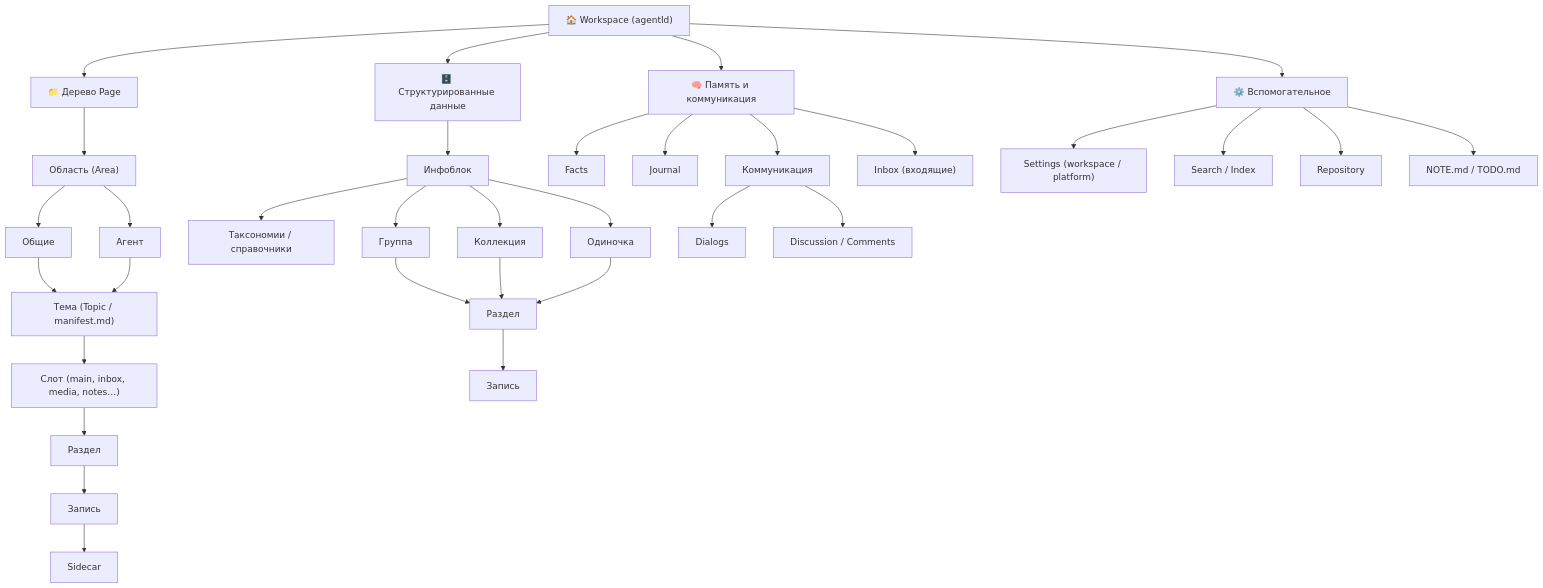
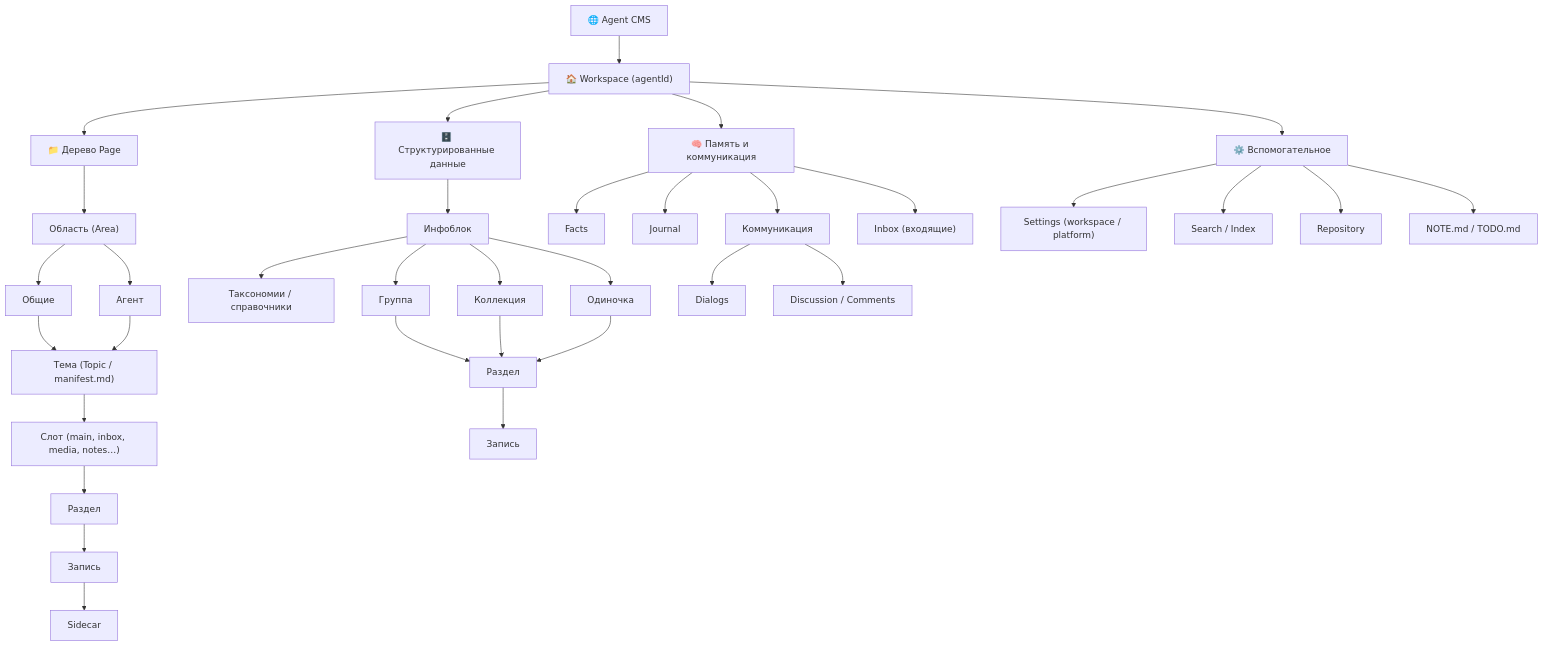
One commit to iv-litovchenko/AgentCMS changed the diagram in README.diagram.md. Above: the diagram before and after it, drawn with Mermaid. The commit also changed 6 other files, not shown here.

First line of the commit message:
Enhance Mermaid diagram functionality and theme management

````diff
--- a/README.diagram.md
+++ b/README.diagram.md
@@ -3,41 +3,45 @@
 ```mermaid
 flowchart TD
+    CMS["🌐 Agent CMS"]
     WS["🏠 Workspace (agentId)"]
 
+    CMS --> WS
     WS --> TREE["📁 Дерево Page"]
     WS --> DATA["🗄️ Структурированные данные"]
     WS --> MEM["🧠 Память и коммуникация"]
     WS --> AUX["⚙️ Вспомогательное"]
 
     TREE --> AREA["Область (Area)"]
     AREA --> SHARED_AREA["Общие"]
     AREA --> AGENT_AREA["Агент"]
     SHARED_AREA --> TOPIC["Тема (Topic / manifest.md)"]
     AGENT_AREA --> TOPIC
     TOPIC --> SLOT["Слот (main, inbox, media, notes…)"]
     SLOT --> SECTION["Раздел"]
     SECTION --> PAGE_ENTRY["Запись"]
     PAGE_ENTRY --> SIDECAR["Sidecar"]
 
     DATA --> IBLOCK["Инфоблок"]
     IBLOCK --> TAX["Таксономии / справочники"]
     IBLOCK --> GROUP["Группа"]
     IBLOCK --> COLLECTION["Коллекция"]
     IBLOCK --> SINGLE["Одиночка"]
     GROUP --> DATA_SECTION["Раздел"]
     COLLECTION --> DATA_SECTION
     SINGLE --> DATA_SECTION
     DATA_SECTION --> RECORD["Запись"]
 
     MEM --> FACTS["Facts"]
     MEM --> JOURNAL["Journal"]
     MEM --> COMM["Коммуникация"]
     COMM --> DIALOGS["Dialogs"]
     COMM --> DISCUSS["Discussion / Comments"]
     MEM --> INBOX["Inbox (входящие)"]
 
     AUX --> SETTINGS["Settings (workspace / platform)"]
     AUX --> SEARCH["Search / Index"]
     AUX --> REPO["Repository"]
     AUX --> BOARD["NOTE.md / TODO.md"]
+
+    click CMS href "https://agent-cms.ru/" "Открыть сайт Agent CMS"
 ```
````
